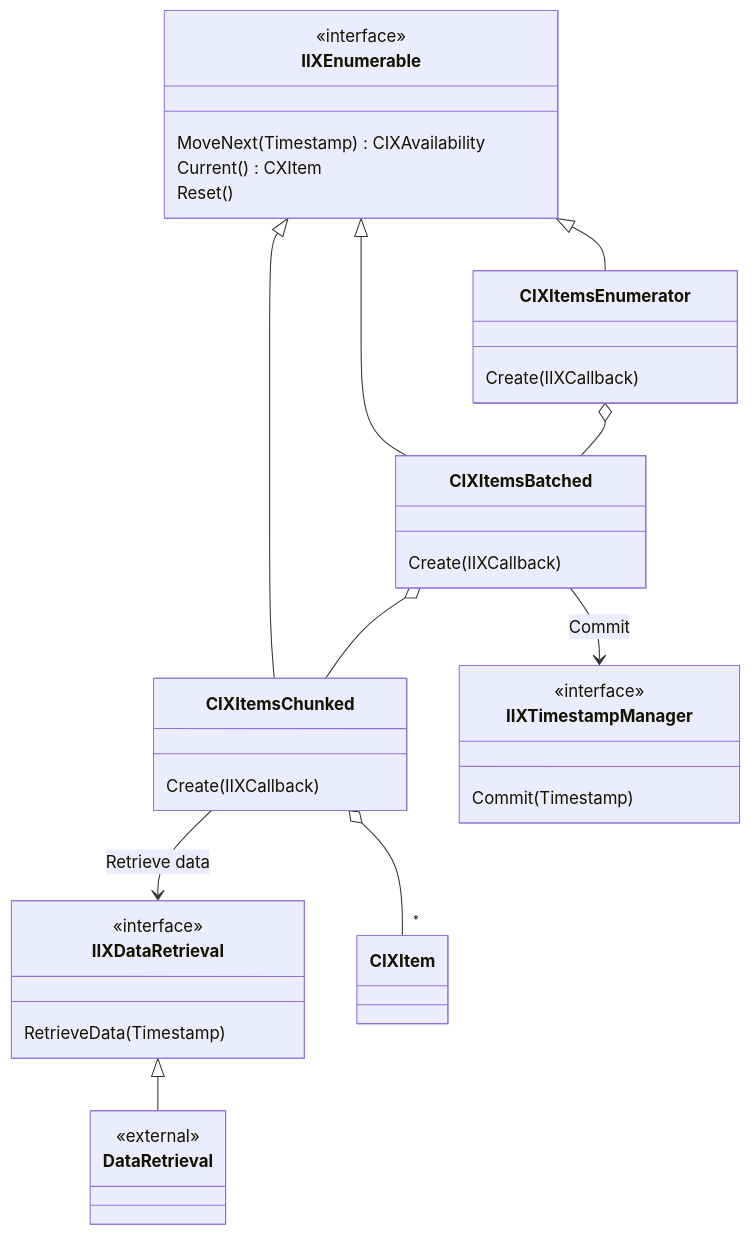
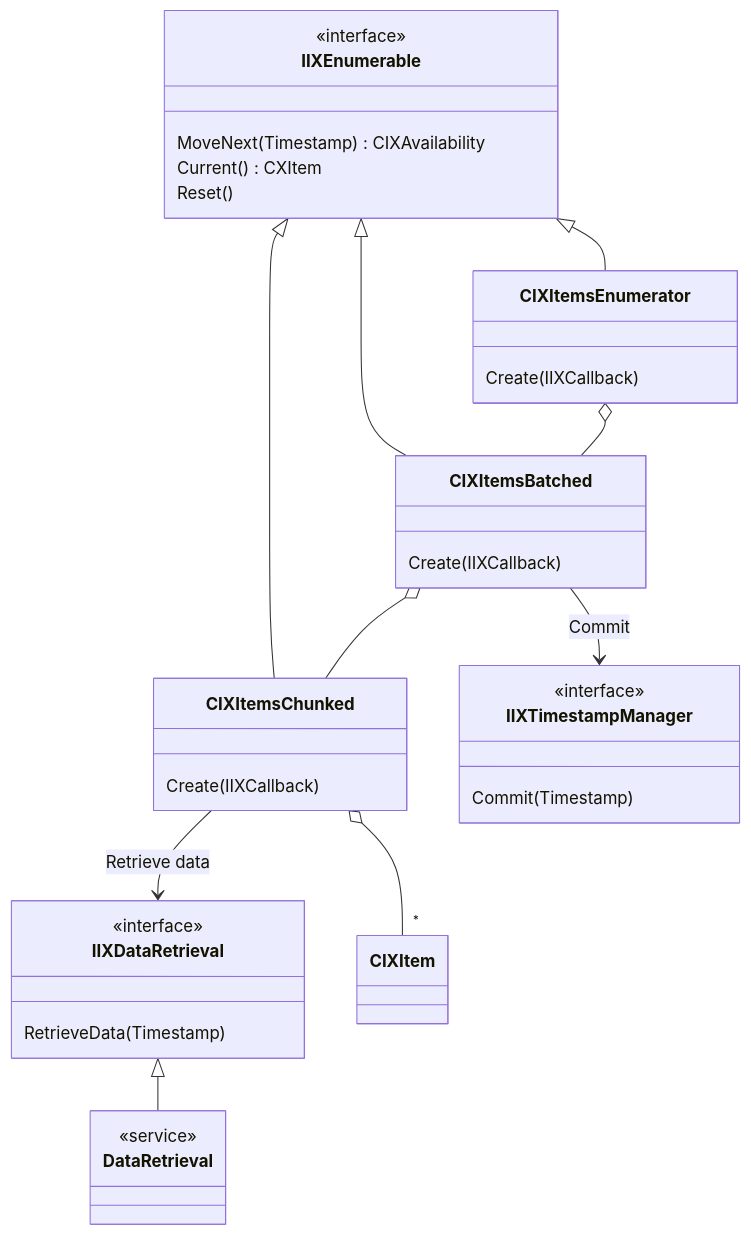
The third of 3 diagrams in README.md (lightcaurby/Code-IXSample), drawn with Mermaid before and after one commit. The commit also changed other lines of this file and 1 other file, not shown here.

````diff
--- a/README.md
+++ b/README.md
@@ -110,37 +123,37 @@
 ```mermaid
 classDiagram
 
 class IIXEnumerable
 <<interface>> IIXEnumerable
 IIXEnumerable : MoveNext( Timestamp ) CIXAvailability
 IIXEnumerable : Current() CXItem
 IIXEnumerable : Reset()
 IIXEnumerable <|-- CIXItemsEnumerator
 IIXEnumerable <|-- CIXItemsBatched
 IIXEnumerable <|-- CIXItemsChunked
 
 class IIXTimestampManager
 <<interface>> IIXTimestampManager
 IIXTimestampManager : Commit(Timestamp)
 
 class IIXDataRetrieval
 <<interface>> IIXDataRetrieval
 IIXDataRetrieval : RetrieveData(Timestamp) 
 class DataRetrieval
-<<external>> DataRetrieval
+<<service>> DataRetrieval
 IIXDataRetrieval <|-- DataRetrieval
 
 CIXItemsEnumerator o-- CIXItemsBatched
 CIXItemsEnumerator : Create( IIXCallback )
 
 CIXItemsBatched o-- CIXItemsChunked
 CIXItemsBatched : Create( IIXCallback )
 CIXItemsBatched --> IIXTimestampManager : Commit
 
 CIXItemsChunked o-- "*" CIXItem
 CIXItemsChunked : Create( IIXCallback )
 CIXItemsChunked --> IIXDataRetrieval : Retrieve data
 
 
 
 ```
````
